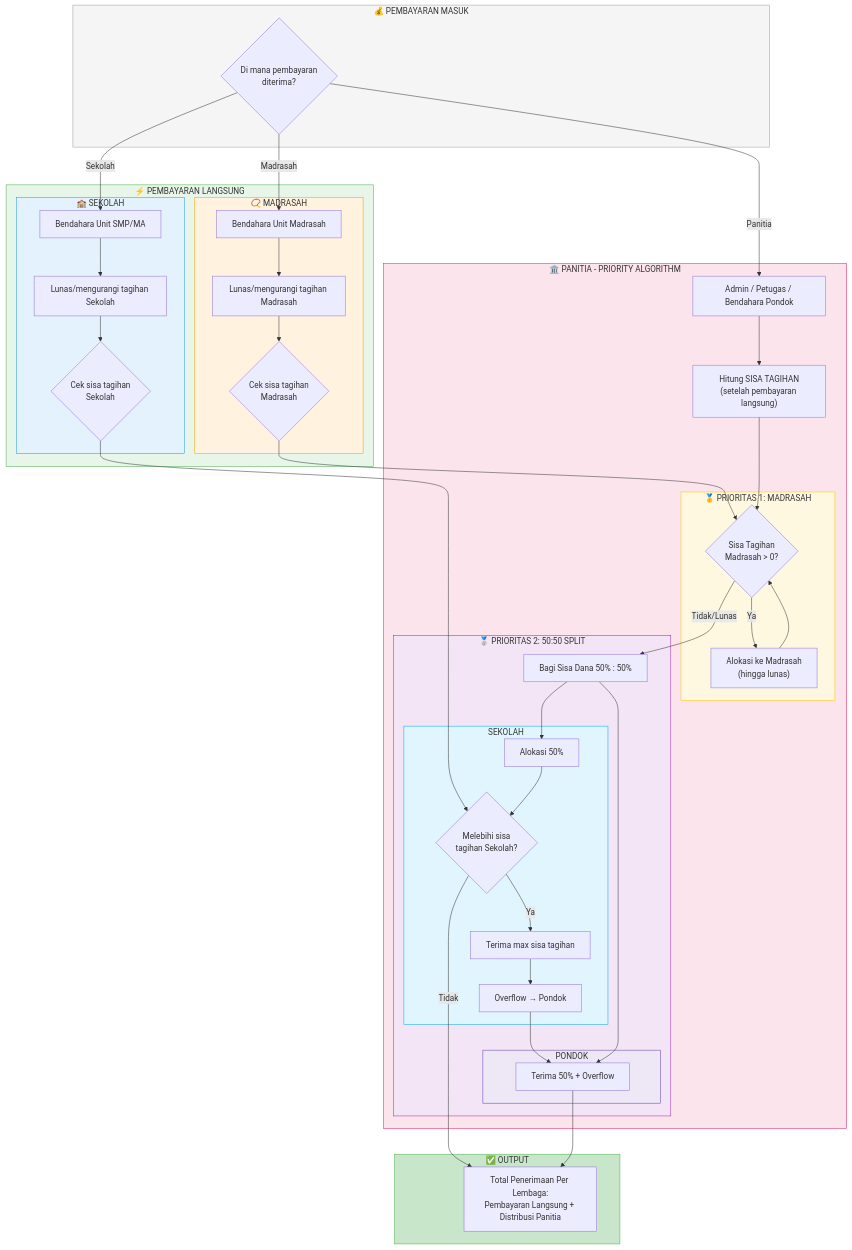
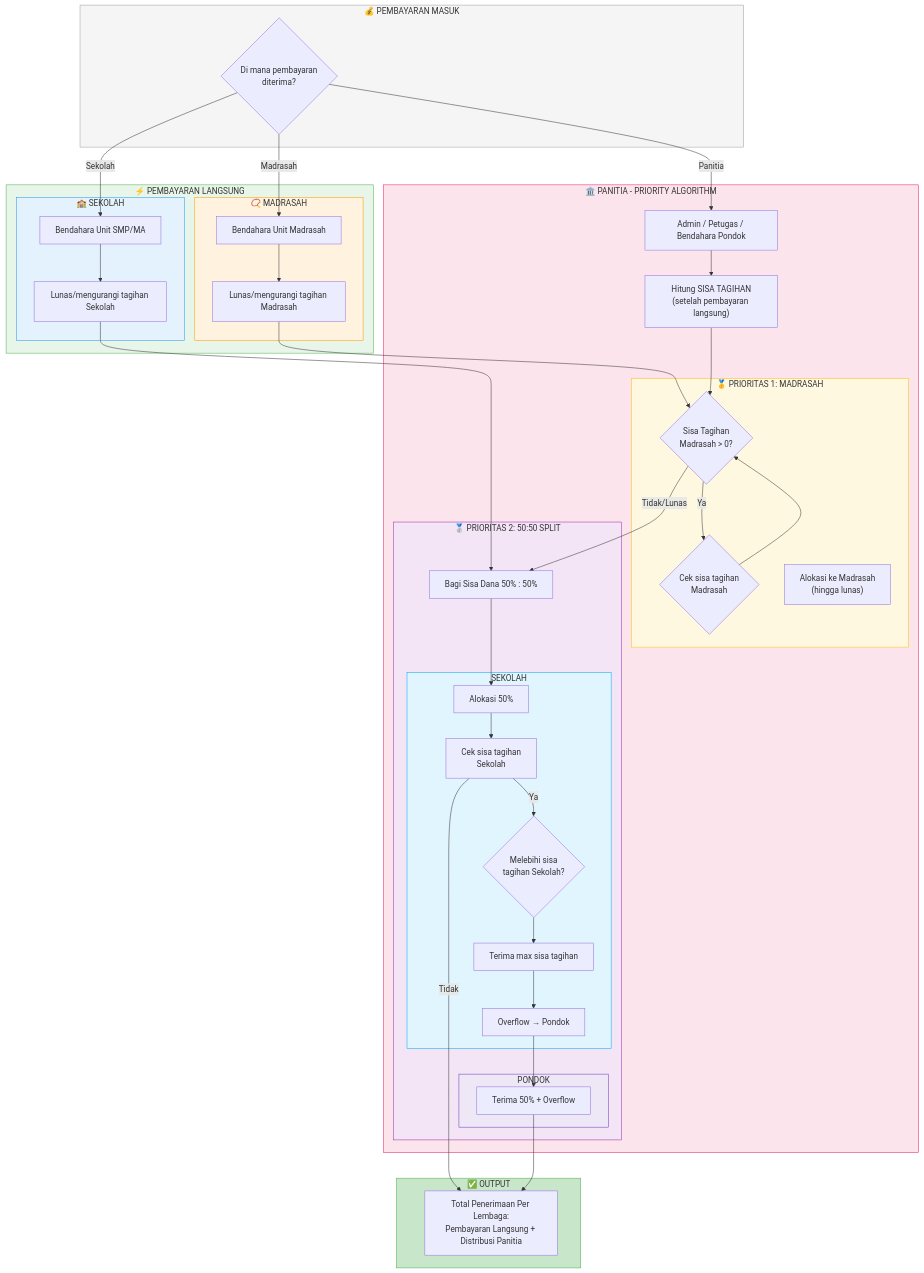
One commit to mfauzanhanif/psb changed the diagram in docs/PRIORITY_ALGORITHM.md. Above: the diagram before and after it, drawn with Mermaid.

Commit message:
update dokumentasi

````diff
--- a/docs/PRIORITY_ALGORITHM.md
+++ b/docs/PRIORITY_ALGORITHM.md
@@ -14,80 +14,80 @@
 ```mermaid
 flowchart TD
     subgraph INPUT["💰 PEMBAYARAN MASUK"]
         A{"Di mana pembayaran<br/>diterima?"}
     end
 
     subgraph DIRECT["⚡ PEMBAYARAN LANGSUNG"]
         subgraph MADRASAH_DIRECT["📿 MADRASAH"]
             E["Bendahara Unit Madrasah"]
             E1["Lunas/mengurangi tagihan Madrasah"]
-            E2{"Cek sisa tagihan<br/>Madrasah"}
         end
         
         subgraph SEKOLAH_DIRECT["🏫 SEKOLAH"]
             H["Bendahara Unit SMP/MA"]
             H1["Lunas/mengurangi tagihan Sekolah"]
-            H2{"Cek sisa tagihan<br/>Sekolah"}
         end
     end
 
     subgraph PANITIA["🏛️ PANITIA - PRIORITY ALGORITHM"]
         B["Admin / Petugas / Bendahara Pondok"]
         B1["Hitung SISA TAGIHAN<br/>(setelah pembayaran langsung)"]
         
         subgraph PRIORITY1["🥇 PRIORITAS 1: MADRASAH"]
             C{"Sisa Tagihan<br/>Madrasah > 0?"}
-            C1["Alokasi ke Madrasah<br/>(hingga lunas)"]
+            C1{"Cek sisa tagihan<br/>Madrasah"}
+            C2["Alokasi ke Madrasah<br/>(hingga lunas)"]
         end
         
         subgraph PRIORITY2["🥈 PRIORITAS 2: 50:50 SPLIT"]
             D["Bagi Sisa Dana 50% : 50%"]
             
             subgraph SEKOLAH_SPLIT["SEKOLAH"]
                 D1["Alokasi 50%"]
-                D2{"Melebihi sisa<br/>tagihan Sekolah?"}
-                D3["Terima max sisa tagihan"]
-                D4["Overflow → Pondok"]
+                D2["Cek sisa tagihan<br/>Sekolah"]
+                D3{"Melebihi sisa<br/>tagihan Sekolah?"}
+                D4["Terima max sisa tagihan"]
+                D5["Overflow → Pondok"]
             end
             
             subgraph PONDOK_SPLIT["PONDOK"]
-                D5["Terima 50% + Overflow"]
+                D6["Terima 50% + Overflow"]
             end
         end
     end
 
     subgraph OUTPUT["✅ OUTPUT"]
         N["Total Penerimaan Per Lembaga:<br/>Pembayaran Langsung + Distribusi Panitia"]
     end
 
     A -->|Madrasah| E
     A -->|Sekolah| H
     A -->|Panitia| B
     
-    E --> E1 --> E2 --> C
-    H --> H1 --> H2 --> D2
+    E --> E1 --> C
+    H --> H1 --> D
     
     B --> B1 --> C
     C -->|Ya| C1
     C1 --> C
     C -->|Tidak/Lunas| D
     
     D --> D1
     D1 --> D2
     D2 -->|Ya| D3 --> D4
     D2 -->|Tidak| N
     D4 --> D5
-    D --> D5
-    D5 --> N
+    D5 --> D6
+    D6 --> N
 
     style INPUT fill:#f5f5f5,stroke:#9e9e9e
     style DIRECT fill:#e8f5e9,stroke:#4caf50
     style MADRASAH_DIRECT fill:#fff3e0,stroke:#ff9800
     style SEKOLAH_DIRECT fill:#e3f2fd,stroke:#2196f3
     style PANITIA fill:#fce4ec,stroke:#e91e63
     style PRIORITY1 fill:#fff8e1,stroke:#ffc107
     style PRIORITY2 fill:#f3e5f5,stroke:#9c27b0
     style SEKOLAH_SPLIT fill:#e1f5fe,stroke:#03a9f4
     style PONDOK_SPLIT fill:#ede7f6,stroke:#673ab7
     style OUTPUT fill:#c8e6c9,stroke:#4caf50
 ```
````
